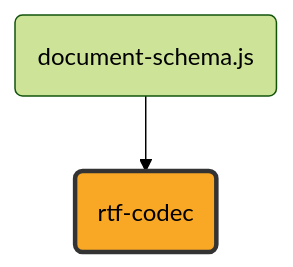
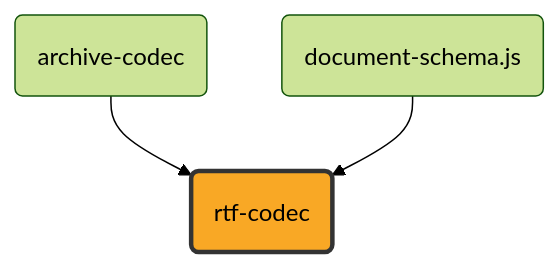
One commit to ExaDev/documents.js changed the diagram in packages/rtf-codec/README.md. Above: the diagram before and after it, drawn with Mermaid (forest theme). The commit also changed other lines of this file and 1 other file, not shown here.

First line of the commit message:
docs(rtf-codec): document the OLE embedded-object mechanism and the archive-codec dependency

````diff
--- a/packages/rtf-codec/README.md
+++ b/packages/rtf-codec/README.md
@@ -15,12 +15,15 @@
 ```mermaid
 graph TD
+    archive("archive-codec")
     schema("document-schema.js")
     rtfcodec("rtf-codec")
 
+    archive --> rtfcodec
     schema --> rtfcodec
 
+    click archive "https://github.com/ExaDev/documents.js/tree/main/packages/archive-codec" "archive-codec"
     click schema "https://github.com/ExaDev/documents.js/tree/main/packages/document-schema.js" "document-schema.js"
     click rtfcodec "https://github.com/ExaDev/documents.js/tree/main/packages/rtf-codec" "rtf-codec"
 
     style rtfcodec fill:#f9a825,stroke:#333,stroke-width:3px
 ```
````
